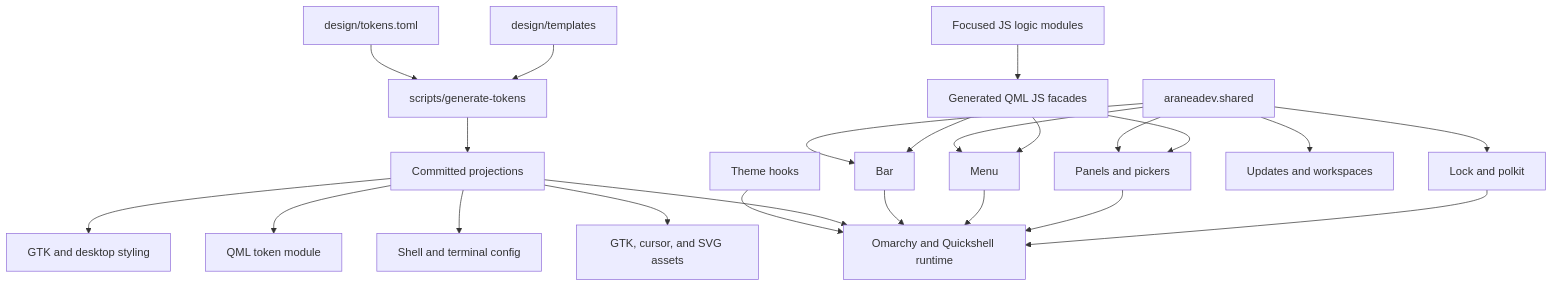
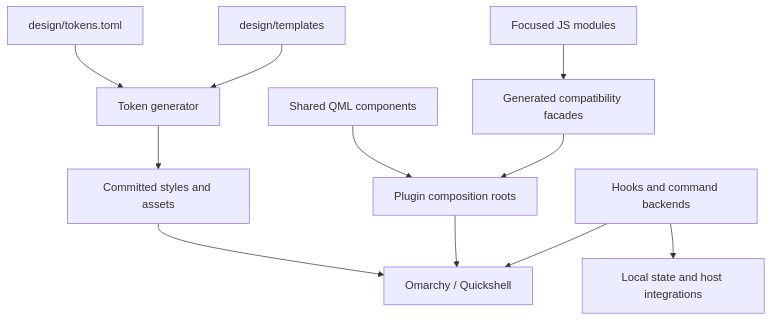
One commit to AraneaDev/aranea-desktop changed the diagram in docs/architecture.md. Above: the diagram before and after it, drawn with Mermaid. The commit also changed other lines of this file and 18 other files, not shown here.

````diff
--- a/docs/architecture.md
+++ b/docs/architecture.md
@@ -10,25 +9,13 @@
 ```mermaid
 flowchart TD
-    Tokens[design/tokens.toml] --> Generator[scripts/generate-tokens]
+    Tokens[design/tokens.toml] --> Generator[Token generator]
     Templates[design/templates] --> Generator
-    Generator --> Projections[Committed projections]
-    Projections --> GTK[GTK and desktop styling]
-    Projections --> QMLTokens[QML token module]
-    Projections --> Shell[Shell and terminal config]
-    Projections --> Assets[GTK, cursor, and SVG assets]
-    Shared[araneadev.shared] --> Bar[Bar]
-    Shared --> Menu[Menu]
-    Shared --> Panels[Panels and pickers]
-    Shared --> Lock[Lock and polkit]
-    Shared --> Updates[Updates and workspaces]
-    Logic[Focused JS logic modules] --> Facades[Generated QML JS facades]
-    Facades --> Bar
-    Facades --> Menu
-    Facades --> Panels
-    Hooks[Theme hooks] --> Runtime[Omarchy and Quickshell runtime]
-    Projections --> Runtime
-    Bar --> Runtime
-    Menu --> Runtime
-    Panels --> Runtime
-    Lock --> Runtime
+    Generator --> Projections[Committed styles and assets]
+    Projections --> Runtime[Omarchy / Quickshell]
+    Shared[Shared QML components] --> Plugins[Plugin composition roots]
+    Modules[Focused JS modules] --> Facades[Generated compatibility facades]
+    Facades --> Plugins
+    Plugins --> Runtime
+    Scripts[Hooks and command backends] --> Runtime
+    Scripts --> State[Local state and host integrations]
 ```
````
